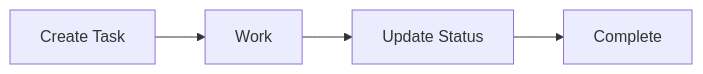
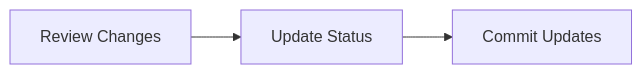
Before and after one commit to labrystechnology/AiDE-AI: the fourth of 4 diagrams in docs/workflow.md, drawn with Mermaid. The commit also changed other lines of this file and 12 other files, not shown here.

````diff
--- a/docs/workflow.md
+++ b/docs/workflow.md
@@ -99,6 +73,5 @@
 ```mermaid
 graph LR
-    A[Create Task] --> B[Work]
-    B --> C[Update Status]
-    C --> D[Complete]
+    A[Review Changes] --> B[Update Status]
+    B --> C[Commit Updates]
 ```
````
